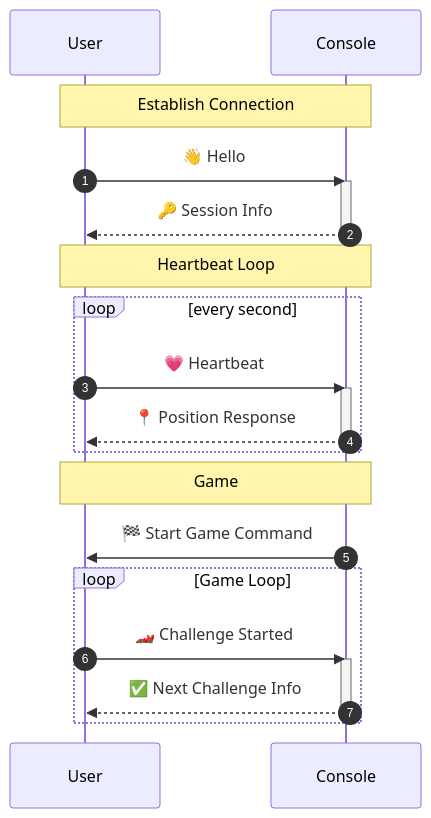
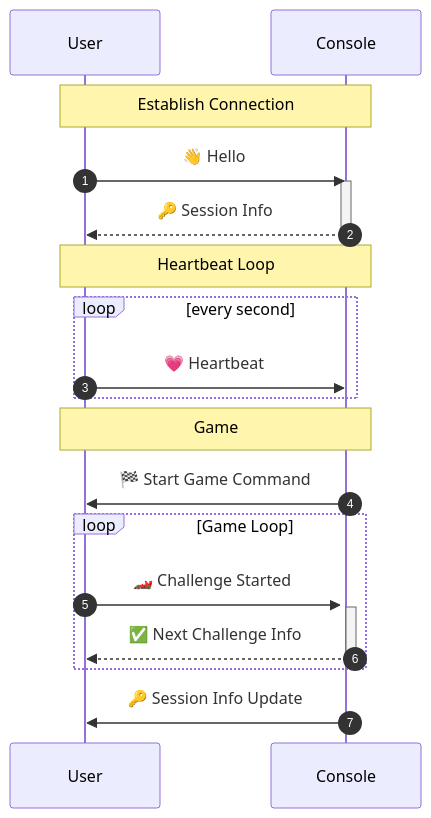
Before and after one commit to jiachenyee/ExploreAbility: the diagram in Communication.md, drawn with Mermaid. The commit also changed other lines of this file, not shown here.

````diff
--- a/Communication.md
+++ b/Communication.md
@@ -4,30 +4,30 @@
 ```mermaid
 sequenceDiagram
     autonumber
     participant U as User
     participant C as Console
     
     Note over U, C: Establish Connection
     U->>C: 👋 Hello
     activate C
     C-->>U: 🔑 Session Info
     deactivate C
     
     Note over U, C: Heartbeat Loop
     loop every second
         U->>C: 💗 Heartbeat
         activate C
-        C-->>U: 📍 Position Response
-        deactivate C
     end
     
     Note over U, C: Game
     C->>U: 🏁 Start Game Command
     
     loop Game Loop
         U->>C: 🏎️ Challenge Started
         activate C
         C-->>U: ✅ Next Challenge Info
         deactivate C
     end
+    
+    C->>U: 🔑 Session Info Update
 ```
````
